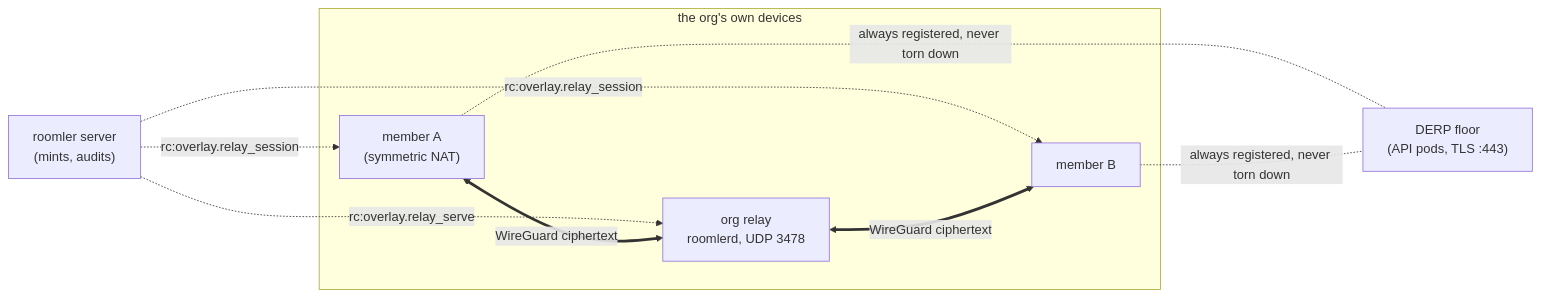
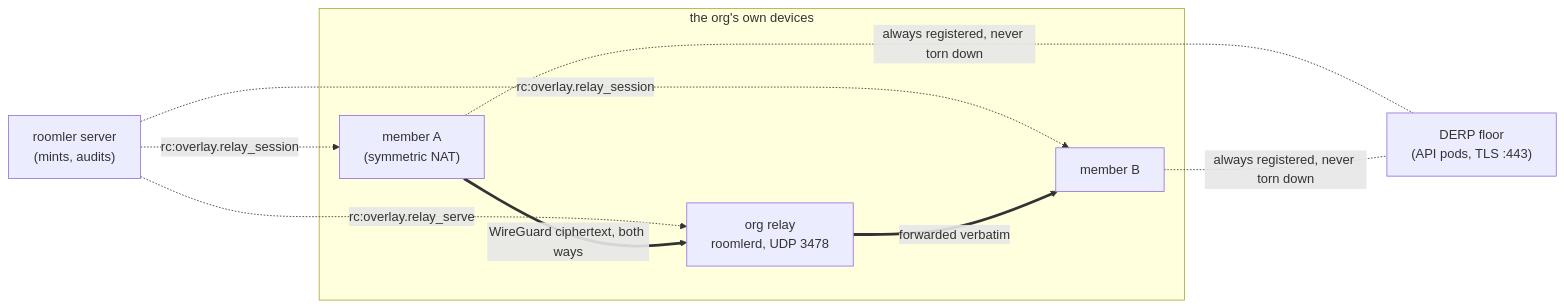
The first of 3 diagrams in docs/peer-relays.md (gjovanov/roomler-ai), drawn with Mermaid before and after one commit.

Commit message:
docs(fr-19): use pipe labels in the overview diagram
A labelled two-way thick link (`<== "text" ==>`) is the one construct in
the page whose support across mermaid versions is uncertain, and there is
no renderer on this box to prove it. Pipe labels on one-way links render
everywhere, so every link in the overview now uses them.

Claude-Session: https://claude.ai/code/session_01JN18sK7rAqj25DjiVAJhFX

````diff
--- a/docs/peer-relays.md
+++ b/docs/peer-relays.md
@@ -18,18 +18,18 @@
 ```mermaid
 flowchart LR
     subgraph org["the org's own devices"]
         A["member A<br/>(symmetric NAT)"]
         R["org relay<br/>roomlerd, UDP 3478"]
         B["member B"]
     end
     S["roomler server<br/>(mints, audits)"]
     D["DERP floor<br/>(API pods, TLS :443)"]
 
-    S -. "rc:overlay.relay_session" .-> A
-    S -. "rc:overlay.relay_serve" .-> R
-    S -. "rc:overlay.relay_session" .-> B
-    A <== "WireGuard ciphertext" ==> R
-    R <== "WireGuard ciphertext" ==> B
-    A -. "always registered, never torn down" .- D
-    B -. "always registered, never torn down" .- D
+    S -.->|"rc:overlay.relay_session"| A
+    S -.->|"rc:overlay.relay_serve"| R
+    S -.->|"rc:overlay.relay_session"| B
+    A ==>|"WireGuard ciphertext, both ways"| R
+    R ==>|"forwarded verbatim"| B
+    A -.-|"always registered, never torn down"| D
+    B -.-|"always registered, never torn down"| D
 ```
````
